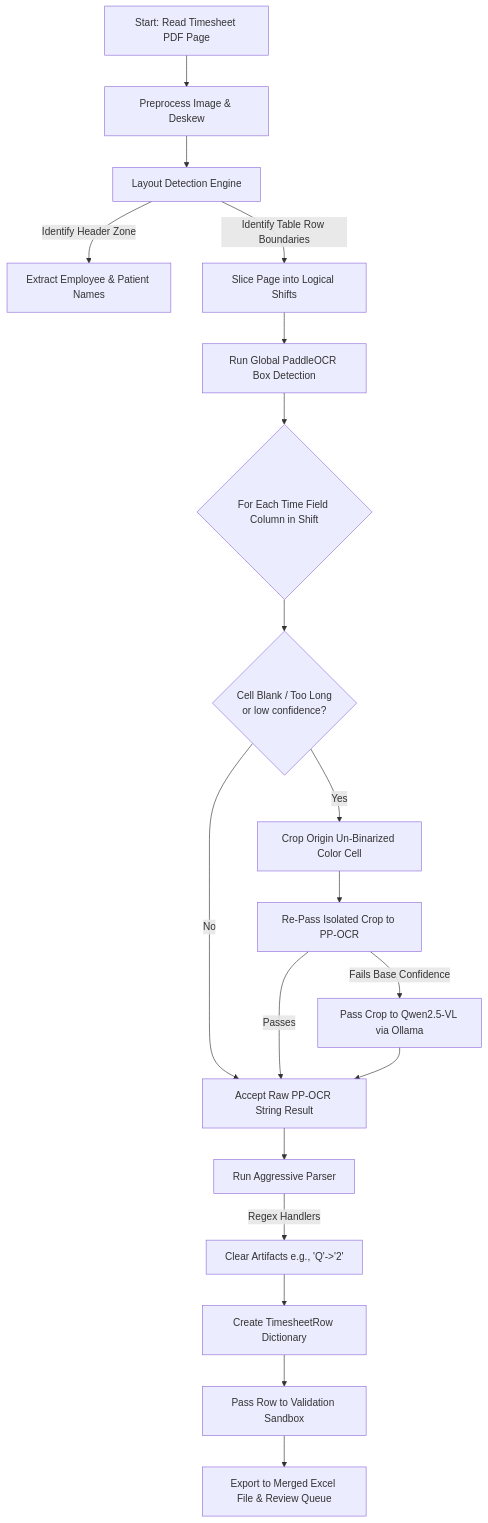
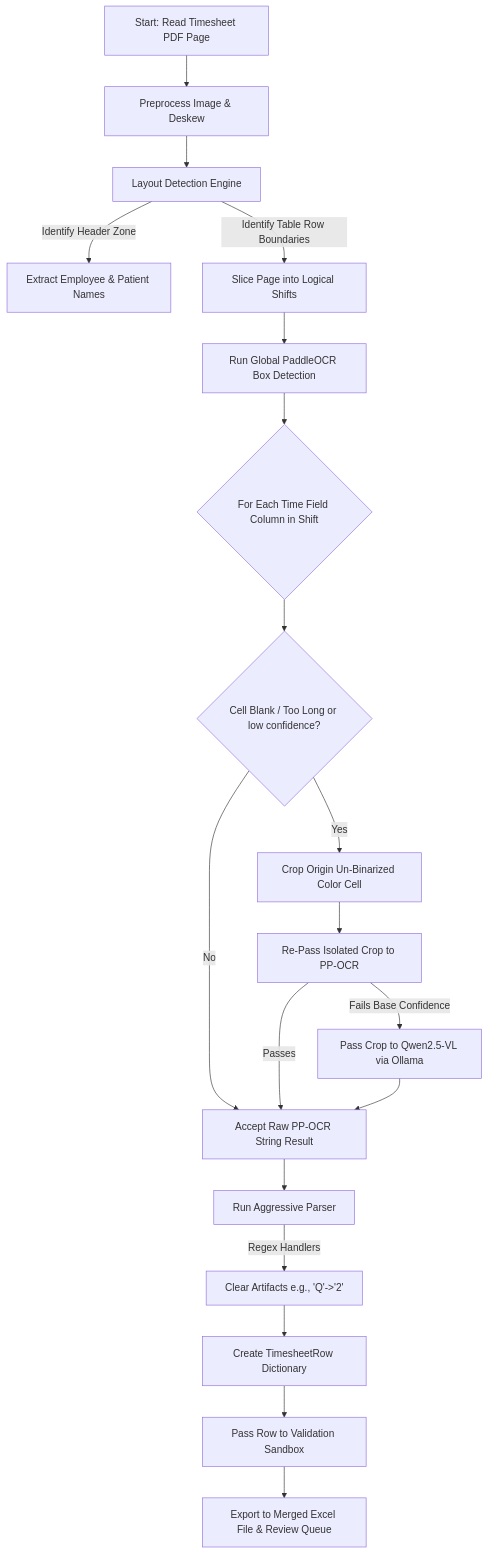
One commit to mohitagr18/timesheet-ocr changed the diagram in workflows/ppocr_grid_flow.md. Above: the diagram before and after it, drawn with Mermaid. The commit also changed 4 other files, not shown here.

````diff
--- a/workflows/ppocr_grid_flow.md
+++ b/workflows/ppocr_grid_flow.md
@@ -13,29 +13,29 @@
 ```mermaid
 graph TD
     A[Start: Read Timesheet PDF Page] --> B[Preprocess Image & Deskew]
     B --> C[Layout Detection Engine]
     
     C -->|Identify Header Zone| D[Extract Employee & Patient Names]
     C -->|Identify Table Row Boundaries| E[Slice Page into Logical Shifts]
     
     E --> F[Run Global PaddleOCR Box Detection]
     F --> G{For Each Time Field Column in Shift}
     
-    G --> H{Cell Blank / Too Long \n or low confidence?}
+    G --> H{Cell Blank / Too Long or low confidence?}
     H -->|No| I[Accept Raw PP-OCR String Result]
     H -->|Yes| J[Crop Origin Un-Binarized Color Cell]
     
     J --> K[Re-Pass Isolated Crop to PP-OCR]
     K -->|Fails Base Confidence| L[Pass Crop to Qwen2.5-VL via Ollama]
     K -->|Passes| I
     
     L --> I
     I --> M[Run Aggressive Parser]
     
     %% Parser logic
     M -->|Regex Handlers| N[Clear Artifacts e.g., 'Q'->'2']
     N --> O[Create TimesheetRow Dictionary]
     
     O --> P[Pass Row to Validation Sandbox]
     P --> Q[Export to Merged Excel File & Review Queue]
 ```
````
